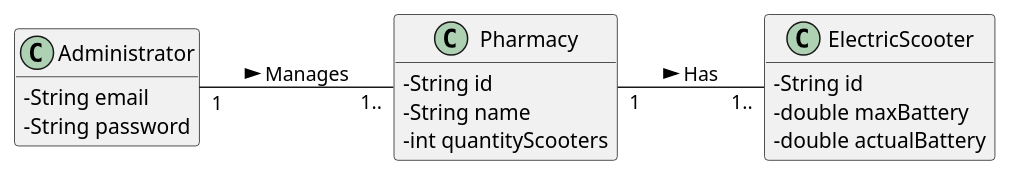
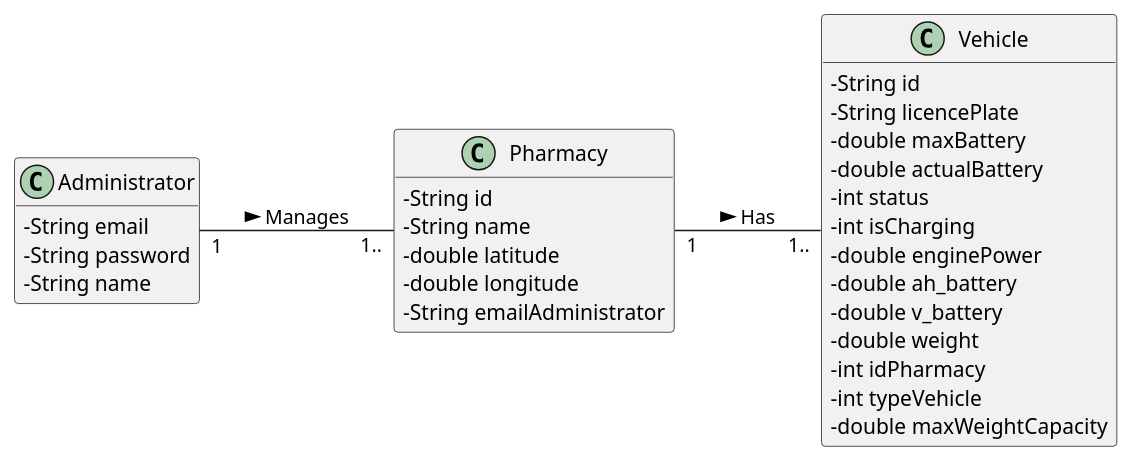
One commit to 1190452/LAPR3 changed the diagram in Documents/UC7/UC7_MD.puml. Above: the diagram before and after it, drawn with PlantUML. The commit also changed 6 other files, not shown here.

```diff
--- a/Documents/UC7/UC7_MD.puml
+++ b/Documents/UC7/UC7_MD.puml
@@ -1,33 +1,46 @@
 @startuml
 skinparam classAttributeIconSize 0
 hide methods
 left to right direction
 
 
 class Administrator {
-  -String email
-  -String password
+  -String email 
+  -String password 
+  -String name
 }
 
 
 class Pharmacy {
   -String id
   -String name
-  -int quantityScooters
+  -double latitude
+  -double longitude
+  -String emailAdministrator
   }
 
-class ElectricScooter {
+class Vehicle {
   -String id
+  -String licencePlate
   -double maxBattery
   -double actualBattery
+  -int status
+  -int isCharging
+  -double enginePower
+  -double ah_battery
+  -double v_battery
+  -double weight
+  -int idPharmacy
+  -int typeVehicle
+  -double maxWeightCapacity
   }
 
 
   
-Pharmacy "1" -- "1.." ElectricScooter: Has >
+Pharmacy "1" -- "1.." Vehicle: Has >
 
 
 Administrator "1" -- "1.." Pharmacy: Manages >
 
 
 @enduml
```
